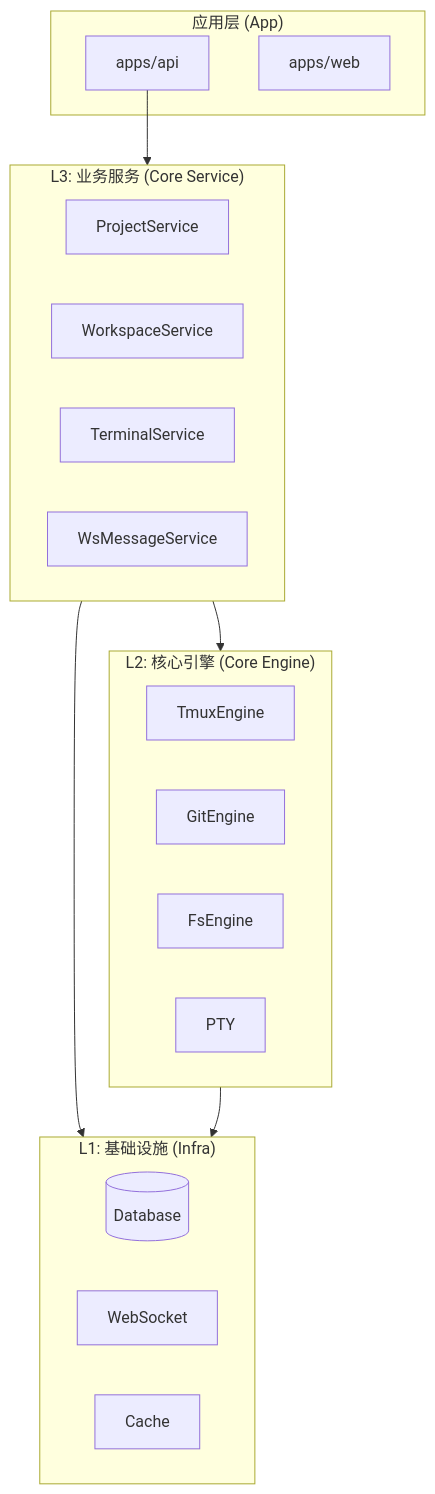
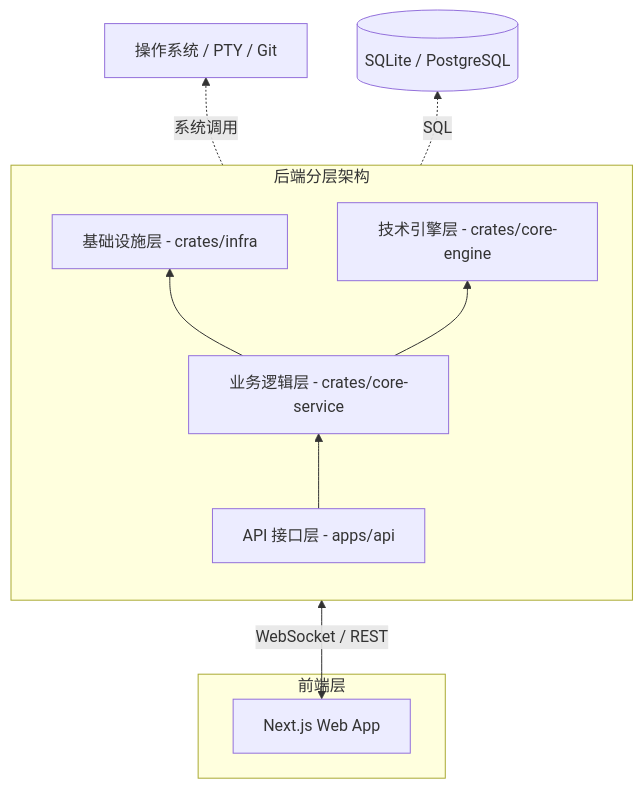
One commit to AruNi-01/atmos changed the first of 2 diagrams in .atmos/wiki/getting-started/architecture.md. Above: the diagram before and after it, drawn with Mermaid. The commit also changed other lines of this file and 49 other files, not shown here.

````diff
--- a/.atmos/wiki/getting-started/architecture.md
+++ b/.atmos/wiki/getting-started/architecture.md
@@ -28,32 +64,21 @@
 ```mermaid
-graph TB
-    subgraph App["应用层 (App)"]
-        API[apps/api]
-        Web[apps/web]
+graph BT
+    subgraph Frontend_Layer [前端层]
+        Web[Next.js Web App]
     end
 
-    subgraph L3["L3: 业务服务 (Core Service)"]
-        Project[ProjectService]
-        Workspace[WorkspaceService]
-        Terminal[TerminalService]
-        WsMsg[WsMessageService]
+    subgraph Backend_Layers [后端分层架构]
+        direction BT
+        Infra[基础设施层 - crates/infra]
+        Engine[技术引擎层 - crates/core-engine]
+        Service[业务逻辑层 - crates/core-service]
+        API[API 接口层 - apps/api]
     end
 
-    subgraph L2["L2: 核心引擎 (Core Engine)"]
-        Tmux[TmuxEngine]
-        Git[GitEngine]
-        Fs[FsEngine]
-        Pty[PTY]
-    end
-
-    subgraph L1["L1: 基础设施 (Infra)"]
-        DB[(Database)]
-        WS[WebSocket]
-        Cache[Cache]
-    end
-
-    API --> L3
-    L3 --> L2
-    L3 --> L1
-    L2 --> L1
+    Web <-->|WebSocket / REST| API
+    API --> Service
+    Service --> Engine
+    Service --> Infra
+    Engine -.->|系统调用| OS[操作系统 / PTY / Git]
+    Infra -.->|SQL| DB[(SQLite / PostgreSQL)]
 ```
````
